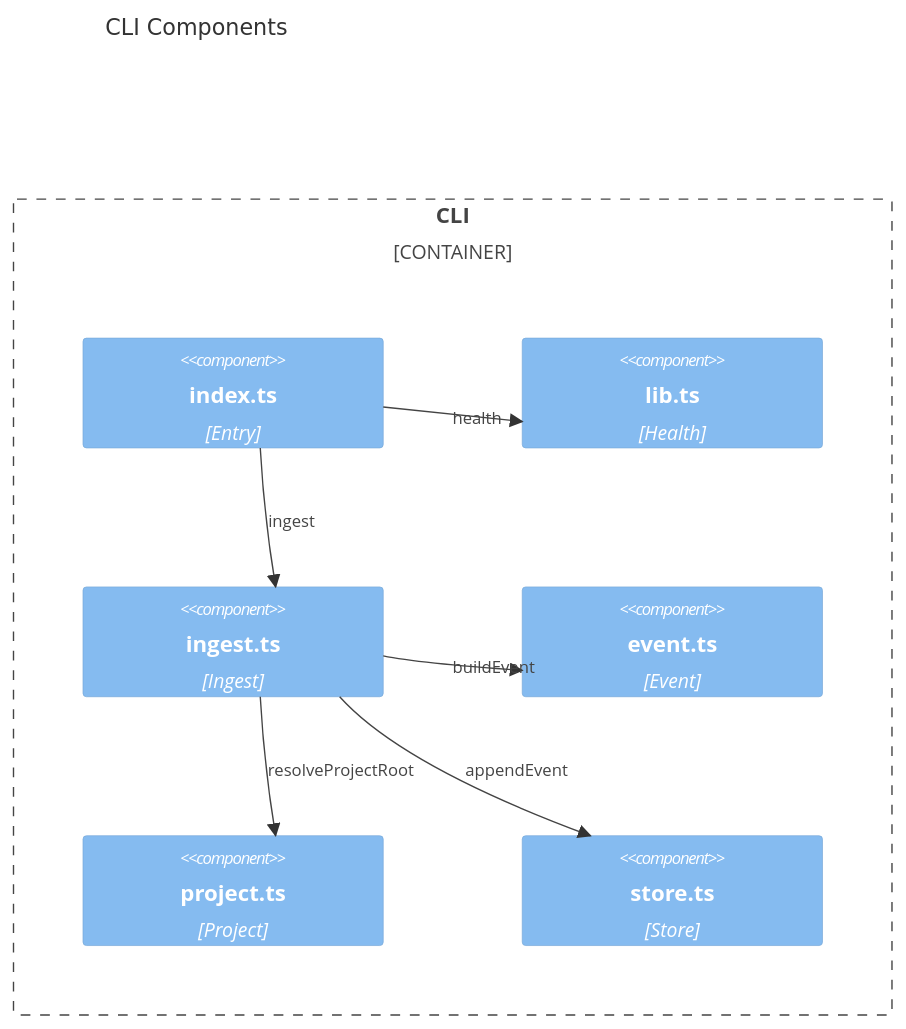
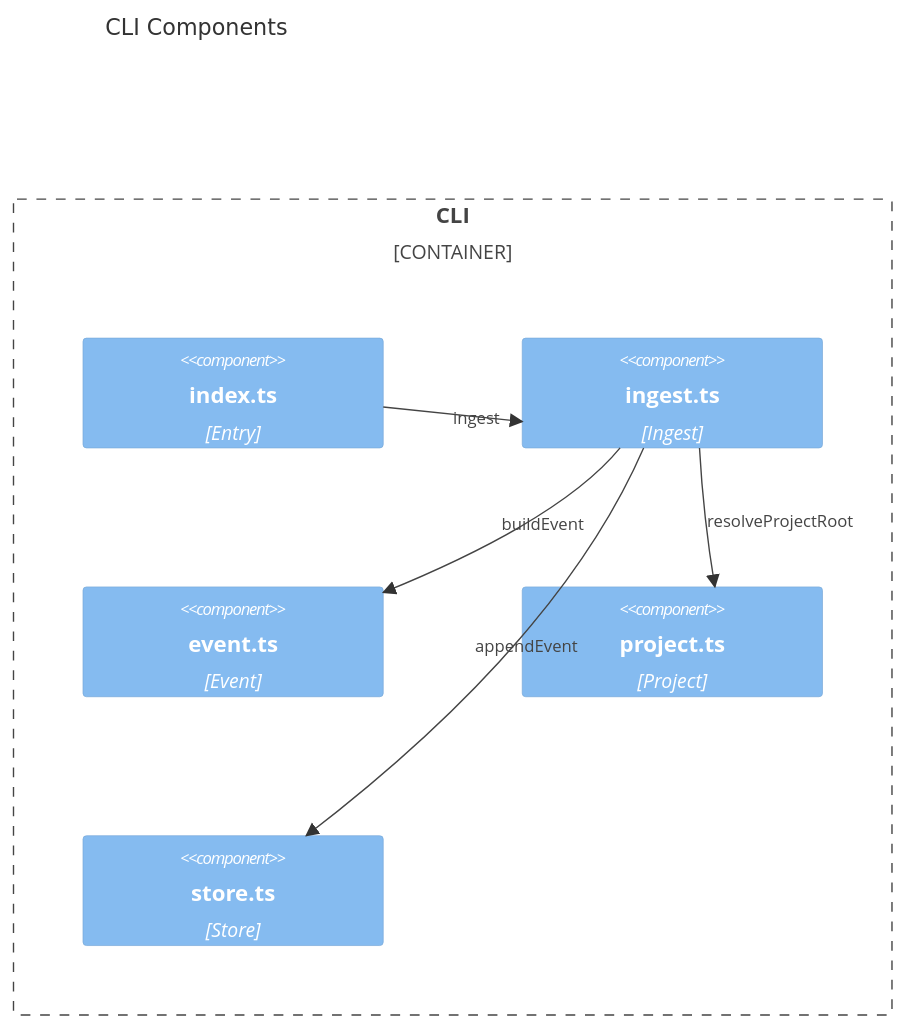
One commit to AIDDbot/audit-bot changed the diagram in docs/arch/cli.arch.md. Above: the diagram before and after it, drawn with Mermaid. The commit also changed other lines of this file and 6 other files, not shown here.

````diff
--- a/docs/arch/cli.arch.md
+++ b/docs/arch/cli.arch.md
@@ -34,19 +33,17 @@
 ```mermaid
 C4Component
   title CLI Components
 
   Container_Boundary(boundary, "CLI") {
     Component(entry, "index.ts", "Entry")
-    Component(lib, "lib.ts", "Health")
     Component(ingest, "ingest.ts", "Ingest")
     Component(event, "event.ts", "Event")
     Component(project, "project.ts", "Project")
     Component(store, "store.ts", "Store")
   }
 
-  Rel(entry, lib, "health")
   Rel(entry, ingest, "ingest")
   Rel(ingest, event, "buildEvent")
   Rel(ingest, project, "resolveProjectRoot")
   Rel(ingest, store, "appendEvent")
 ```
````
